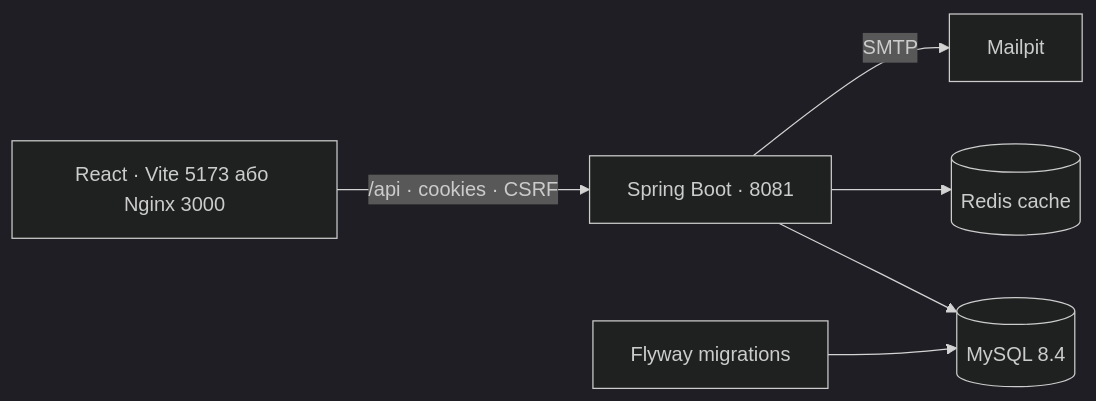
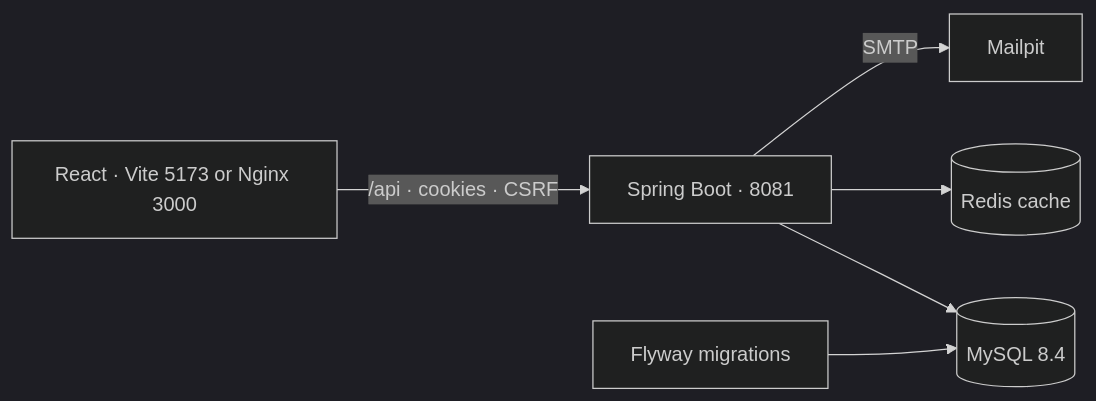
Before and after one commit to anton5267/rewind-letterboxd: the third of 3 diagrams in README.md, drawn with Mermaid (dark theme). The commit also changed other lines of this file, not shown here.

````diff
--- a/README.md
+++ b/README.md
@@ -45,8 +45,8 @@
 ```mermaid
 flowchart LR
-    Browser["React · Vite 5173 або Nginx 3000"] -->|"/api · cookies · CSRF"| Spring["Spring Boot · 8081"]
+    Browser["React · Vite 5173 or Nginx 3000"] -->|"/api · cookies · CSRF"| Spring["Spring Boot · 8081"]
     Spring --> MySQL[("MySQL 8.4")]
     Spring --> Redis[("Redis cache")]
     Spring -->|"SMTP"| Mailpit["Mailpit"]
     Flyway["Flyway migrations"] --> MySQL
 ```
````
